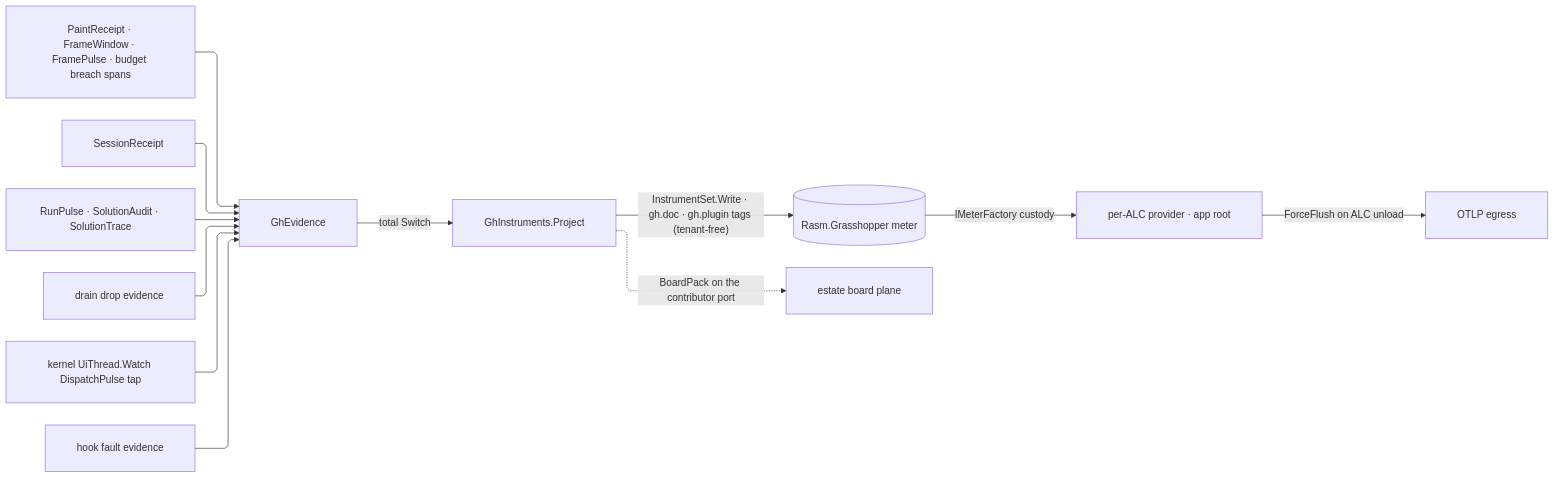
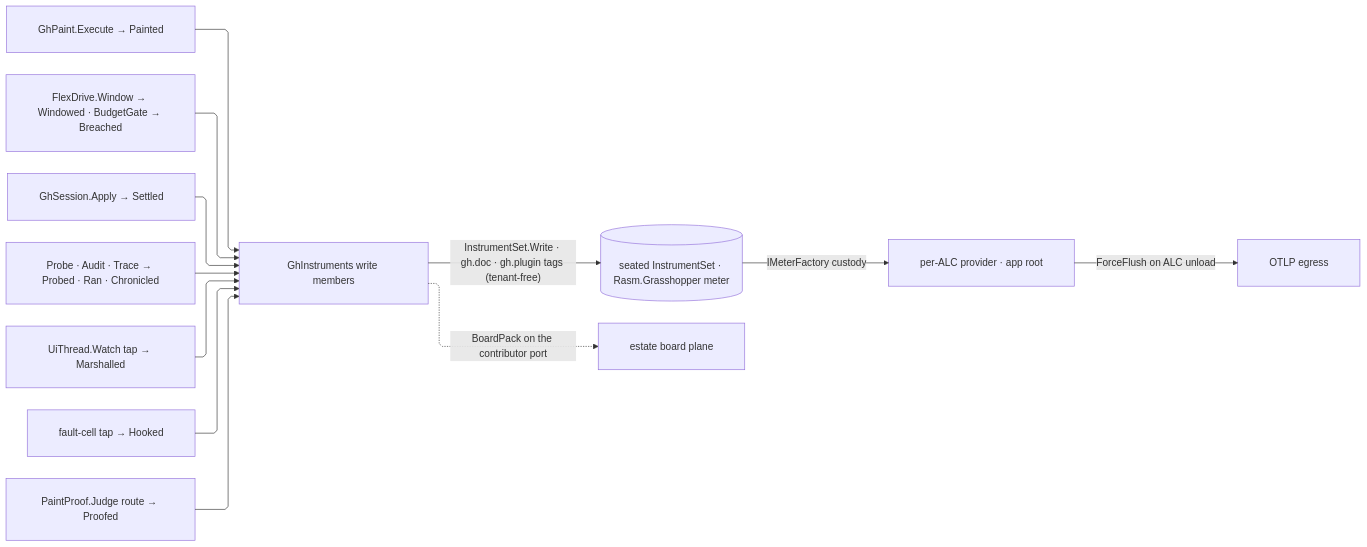
Before and after one commit to bsamiee/Rasm: the diagram in libs/dotnet/Rasm.Grasshopper/.planning/Shell/telemetry.md, drawn with Mermaid. The commit also changed other lines of this file and 1417 other files, not shown here.

````diff
--- a/libs/dotnet/Rasm.Grasshopper/.planning/Shell/telemetry.md
+++ b/libs/dotnet/Rasm.Grasshopper/.planning/Shell/telemetry.md
@@ -374,23 +320,23 @@
 ```mermaid
 ---
 config:
   layout: elk
   flowchart:
     curve: linear
     padding: 25
 ---
 flowchart LR
-    accTitle: Project boundary receipts into attributed instruments
-    accDescr: Receipt families from paint, motion, session, solution, kernel dispatch, hooks, and drain owners enter one evidence union; a total fold writes tagged instruments on the meter minted through the injected per-ALC factory, and the app root flushes providers on load-context unload.
-    PaintR["PaintReceipt · FrameWindow · FramePulse · budget breach spans"] --> Union["GhEvidence"]
-    SessionR["SessionReceipt"] --> Union
-    SolutionR["RunPulse · SolutionAudit · SolutionTrace"] --> Union
-    DrainR["drain drop evidence"] --> Union
-    DispatchR["kernel UiThread.Watch DispatchPulse tap"] --> Union
-    HookR["hook fault evidence"] --> Union
-    Union -->|"total Switch"| Fan["GhInstruments.Project"]
-    Fan -->|"InstrumentSet.Write · gh.doc · gh.plugin tags (tenant-free)"| MeterNode[("Rasm.Grasshopper meter")]
-    Fan -.->|"BoardPack on the contributor port"| Boards["estate board plane"]
-    MeterNode -->|"IMeterFactory custody"| Host["per-ALC provider · app root"]
+    accTitle: Write attributed instruments at the producing site
+    accDescr: Paint, motion, session, solution, kernel dispatch, hook, drain, and capture owners each write their own GhInstruments member; every member folds onto the InstrumentSet seated by the capsule minted through the injected per-ALC factory, and the app root flushes providers on load-context unload.
+    PaintW["GhPaint.Execute → Painted"] --> Owner["GhInstruments write members"]
+    MotionW["FlexDrive.Window → Windowed · BudgetGate → Breached"] --> Owner
+    SessionW["GhSession.Apply → Settled"] --> Owner
+    SolutionW["Probe · Audit · Trace → Probed · Ran · Chronicled"] --> Owner
+    DispatchW["UiThread.Watch tap → Marshalled"] --> Owner
+    HookW["fault-cell tap → Hooked"] --> Owner
+    CaptureW["PaintProof.Judge route → Proofed"] --> Owner
+    Owner -->|"InstrumentSet.Write · gh.doc · gh.plugin tags (tenant-free)"| Seat[("seated InstrumentSet · Rasm.Grasshopper meter")]
+    Owner -.->|"BoardPack on the contributor port"| Boards["estate board plane"]
+    Seat -->|"IMeterFactory custody"| Host["per-ALC provider · app root"]
     Host -->|"ForceFlush on ALC unload"| Egress["OTLP egress"]
 ```
````
